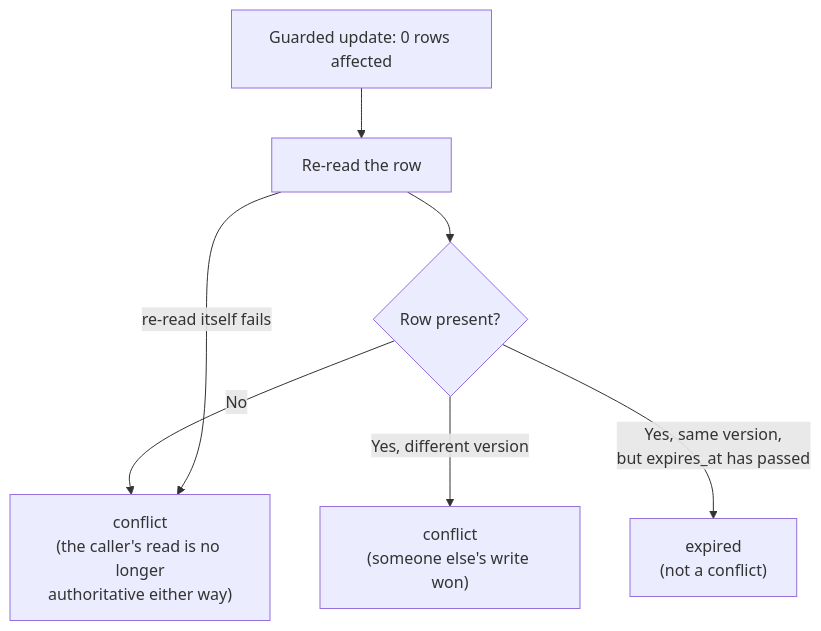
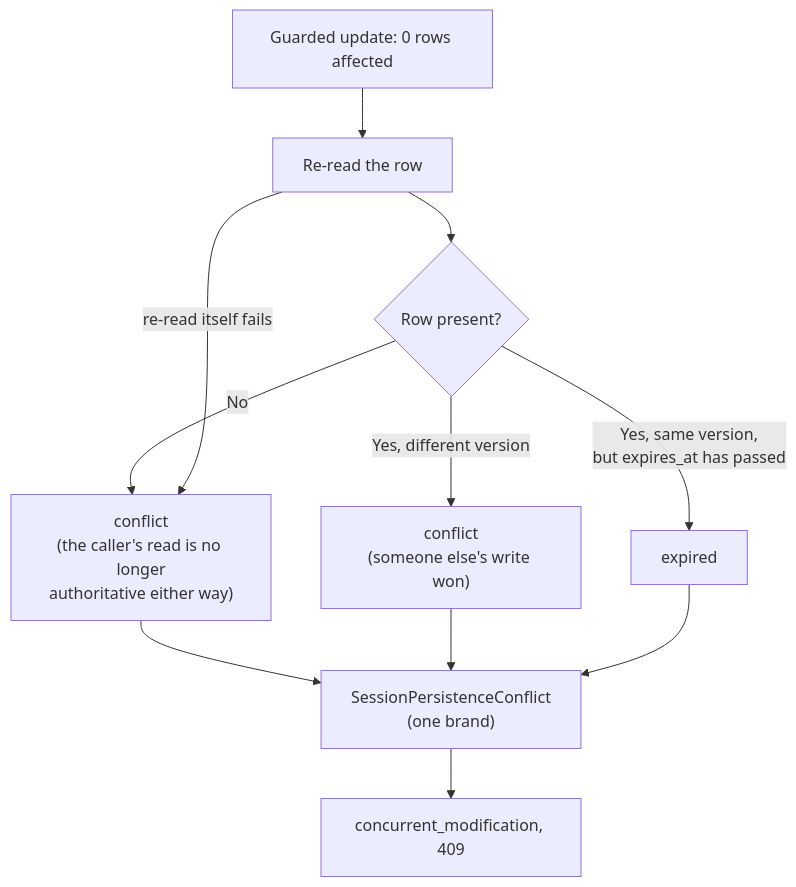
One commit to The-Running-Dev/SubZeroDev.Platform changed the first of 2 diagrams in docs/docs/guide.md. Above: the diagram before and after it, drawn with Mermaid. The commit also changed other lines of this file, not shown here.

````diff
--- a/docs/docs/guide.md
+++ b/docs/docs/guide.md
@@ -128,9 +128,13 @@
 ```mermaid
 flowchart TD
     A["Guarded update: 0 rows affected"] --> B["Re-read the row"]
     B --> C{"Row present?"}
     C -->|"No"| D["conflict\n(the caller's read is no longer\nauthoritative either way)"]
     C -->|"Yes, different version"| E["conflict\n(someone else's write won)"]
-    C -->|"Yes, same version,\nbut expires_at has passed"| F["expired\n(not a conflict)"]
+    C -->|"Yes, same version,\nbut expires_at has passed"| F["expired"]
     B -->|"re-read itself fails"| D
+    D --> G["SessionPersistenceConflict\n(one brand)"]
+    E --> G
+    F --> G
+    G --> H["concurrent_modification, 409"]
 ```
````
